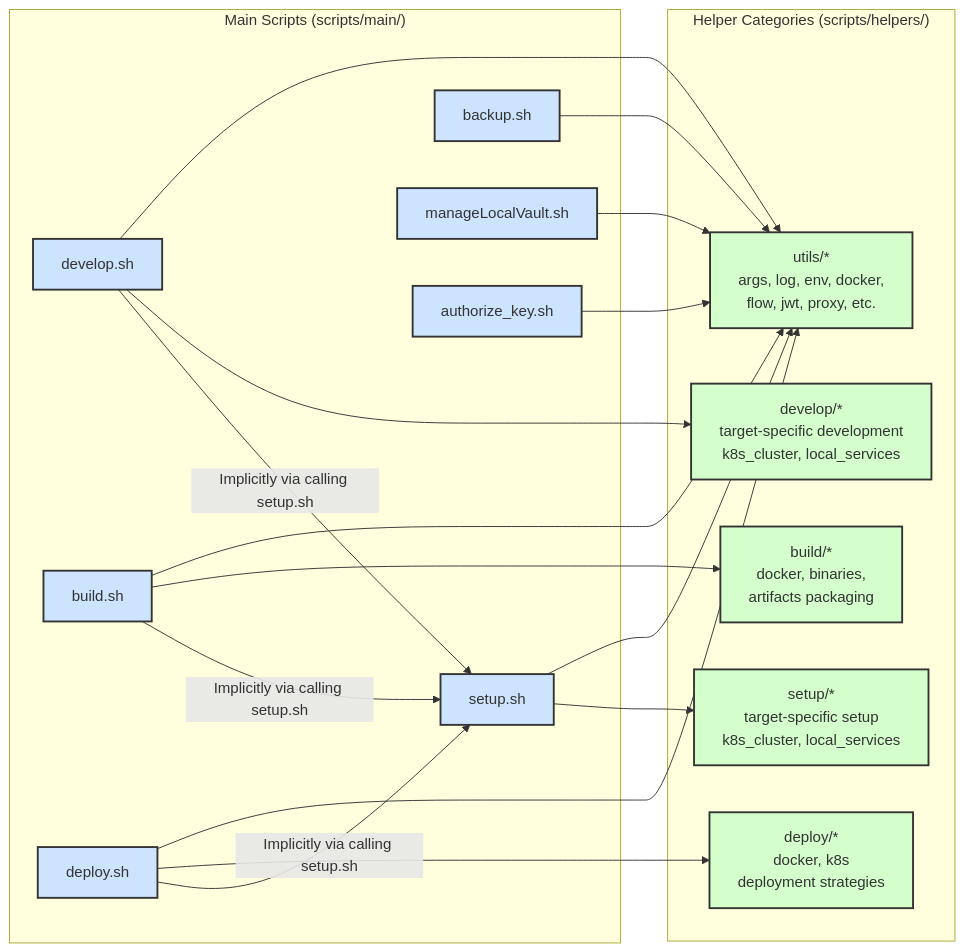
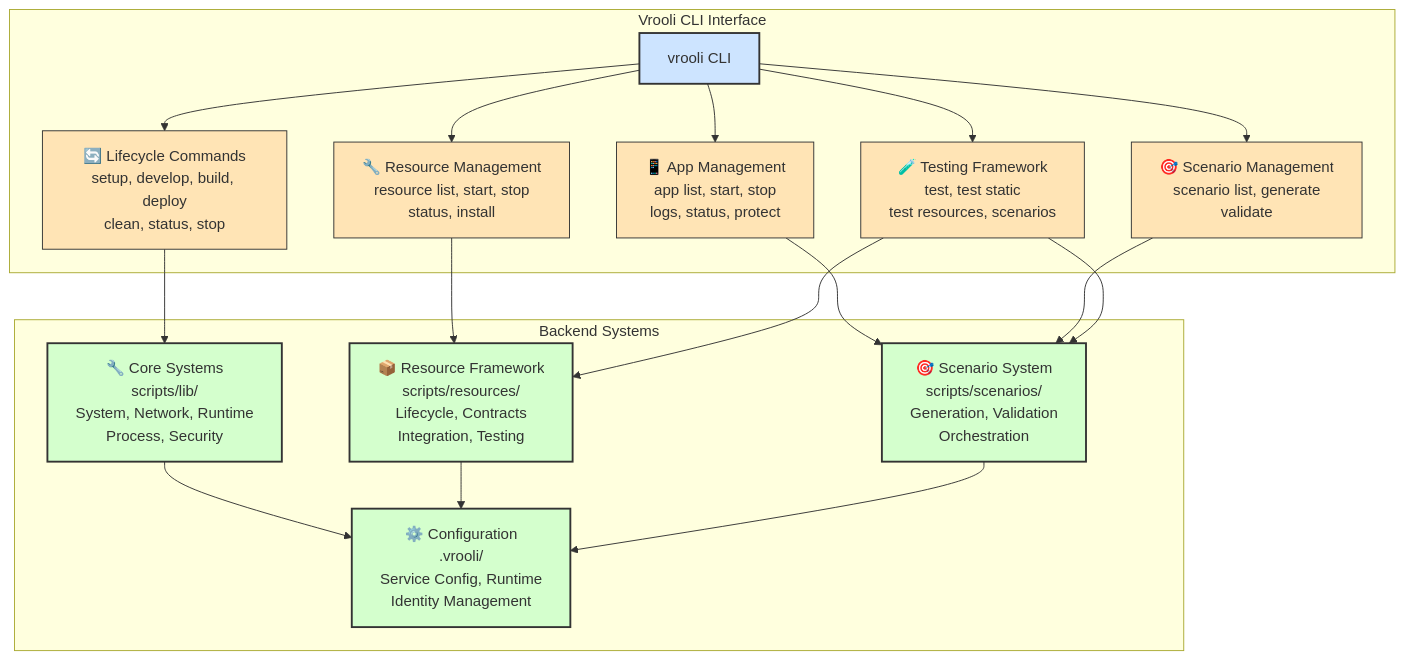
One commit to Vrooli/Vrooli changed the fourth of 5 diagrams in docs/devops/README.md. Above: the diagram before and after it, drawn with Mermaid. The commit also changed other lines of this file and 102 other files, not shown here.

Commit message:
resource 2.0 cli p11

````diff
--- a/docs/devops/README.md
+++ b/docs/devops/README.md
@@ -301,44 +327,43 @@
 ```mermaid
-graph LR
-    subgraph "Main Scripts (scripts/main/)"
-        Setup["setup.sh"]
-        Develop["develop.sh"]
-        Build["build.sh"]
-        Deploy["deploy.sh"]
-        Backup["backup.sh"]
-        ManageVault["manageLocalVault.sh"]
-        AuthorizeKey["authorize_key.sh"]
+graph TB
+    subgraph "Vrooli CLI Interface"
+        CLI[vrooli CLI]
+        LifecycleCommands["🔄 Lifecycle Commands<br>setup, develop, build, deploy<br>clean, status, stop"]
+        AppCommands["📱 App Management<br>app list, start, stop<br>logs, status, protect"]
+        ScenarioCommands["🎯 Scenario Management<br>scenario list, generate<br>validate"]
+        ResourceCommands["🔧 Resource Management<br>resource list, start, stop<br>status, install"]
+        TestCommands["🧪 Testing Framework<br>test, test static<br>test resources, scenarios"]
     end
 
-    subgraph "Helper Categories (scripts/helpers/)"
-        Utils["utils/*<br>args, log, env, docker,<br>flow, jwt, proxy, etc."]
-        HSetup["setup/*<br>target-specific setup<br>k8s_cluster, local_services"]
-        HDevelop["develop/*<br>target-specific development<br>k8s_cluster, local_services"]
-        HBuild["build/*<br>docker, binaries,<br>artifacts packaging"]
-        HDeploy["deploy/*<br>docker, k8s<br>deployment strategies"]
+    subgraph "Backend Systems"
+        CoreSystems["🔧 Core Systems<br>scripts/lib/<br>System, Network, Runtime<br>Process, Security"]
+        ResourceFramework["📦 Resource Framework<br>scripts/resources/<br>Lifecycle, Contracts<br>Integration, Testing"]
+        ScenarioSystem["🎯 Scenario System<br>scripts/scenarios/<br>Generation, Validation<br>Orchestration"]
+        ConfigManagement["⚙️ Configuration<br>.vrooli/<br>Service Config, Runtime<br>Identity Management"]
     end
 
-    Setup --> Utils
-    Setup --> HSetup
+    CLI --> LifecycleCommands
+    CLI --> AppCommands  
+    CLI --> ScenarioCommands
+    CLI --> ResourceCommands
+    CLI --> TestCommands
 
-    Develop --> Utils
-    Develop --> HDevelop
-    Develop -->|Implicitly via calling setup.sh| Setup
+    LifecycleCommands --> CoreSystems
+    AppCommands --> ScenarioSystem
+    ScenarioCommands --> ScenarioSystem
+    ResourceCommands --> ResourceFramework
+    TestCommands --> ResourceFramework
+    TestCommands --> ScenarioSystem
 
-    Build --> Utils
-    Build --> HBuild
-    Build -->|Implicitly via calling setup.sh| Setup
+    CoreSystems --> ConfigManagement
+    ResourceFramework --> ConfigManagement
+    ScenarioSystem --> ConfigManagement
 
-    Deploy --> Utils
-    Deploy --> HDeploy
-    Deploy -->|Implicitly via calling setup.sh| Setup
-
-    Backup --> Utils
-    ManageVault --> Utils
-    AuthorizeKey --> Utils
-
-    classDef main fill:#cde4ff,stroke:#333,stroke-width:2px;
-    classDef helpercat fill:#d4ffcd,stroke:#333,stroke-width:2px;
-    class Setup,Develop,Build,Deploy,Backup,ManageVault,AuthorizeKey main;
-    class Utils,HSetup,HDevelop,HBuild,HDeploy helpercat;
+    classDef cli fill:#cde4ff,stroke:#333,stroke-width:2px;
+    classDef backend fill:#d4ffcd,stroke:#333,stroke-width:2px;
+    classDef commands fill:#ffe4b5,stroke:#333,stroke-width:1px;
+    
+    class CLI cli;
+    class CoreSystems,ResourceFramework,ScenarioSystem,ConfigManagement backend;
+    class LifecycleCommands,AppCommands,ScenarioCommands,ResourceCommands,TestCommands commands;
 ```
````
